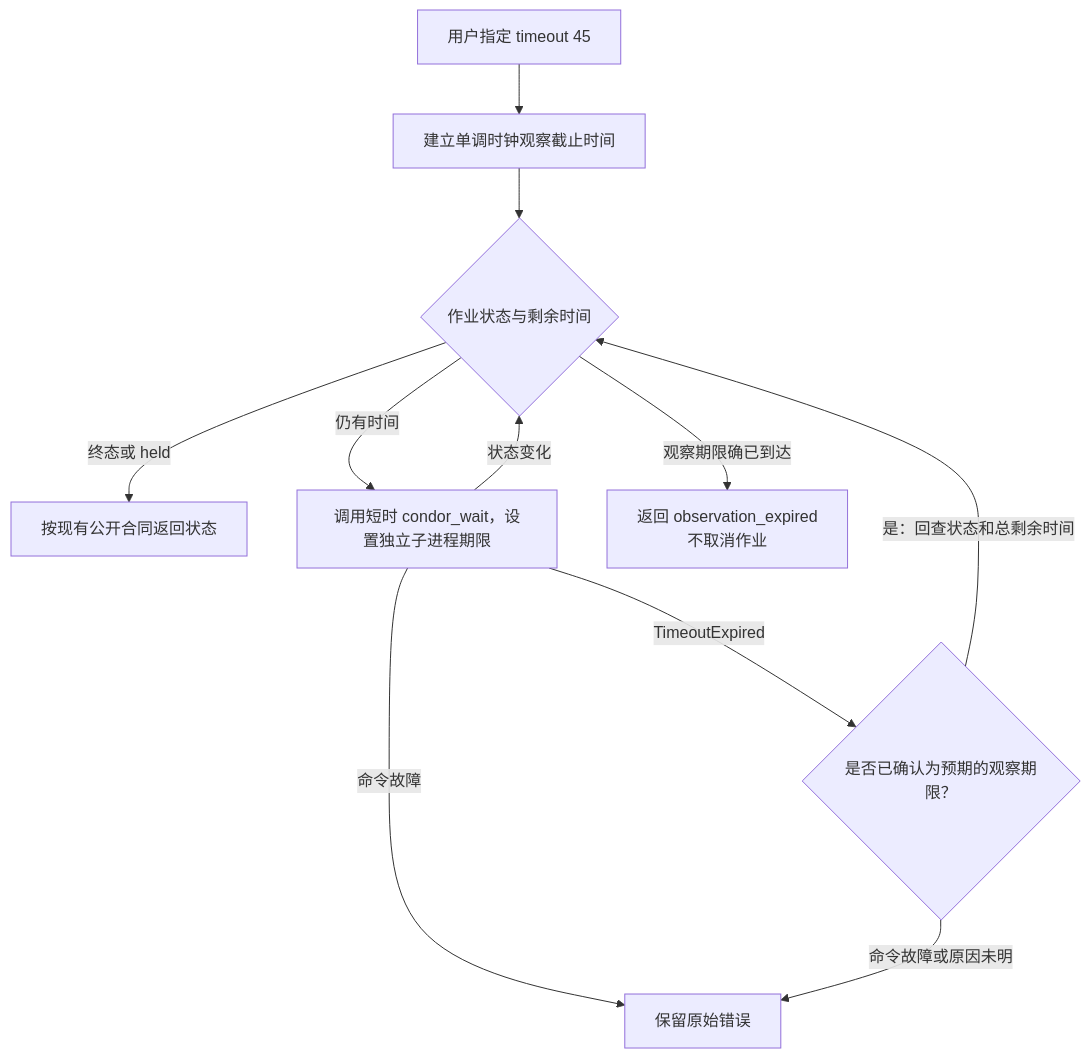
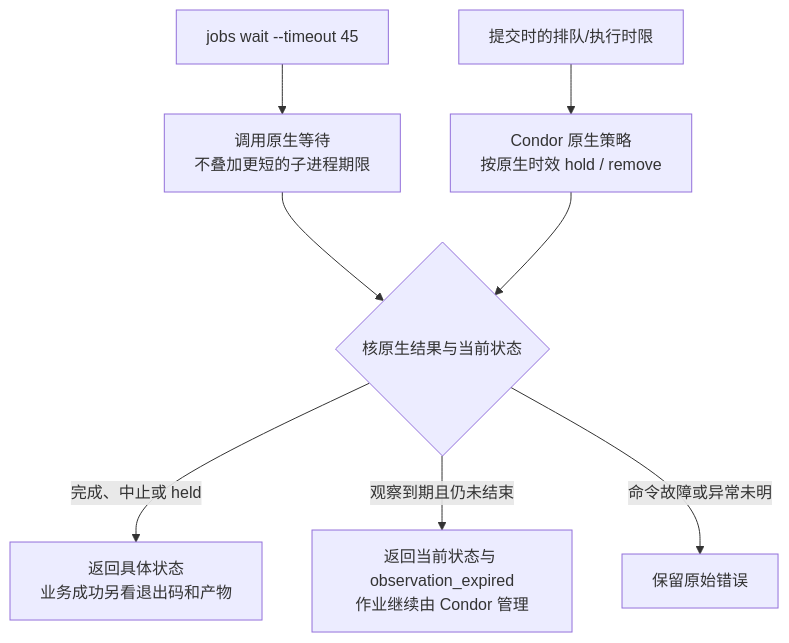
One commit to YS-Pan/basePack changed the third of 4 diagrams in devDoc/tasks/20261114-delivery-closeout/diagrams.md. Above: the diagram before and after it, drawn with Mermaid. The commit also changed other lines of this file and 5 other files, not shown here.

````diff
--- a/devDoc/tasks/20261114-delivery-closeout/diagrams.md
+++ b/devDoc/tasks/20261114-delivery-closeout/diagrams.md
@@ -42,14 +42,10 @@
 ```mermaid
 flowchart TD
-    A["用户指定 timeout 45"] --> B["建立单调时钟观察截止时间"]
-    B --> C{"作业状态与剩余时间"}
-    C -->|终态或 held| D["按现有公开合同返回状态"]
-    C -->|仍有时间| E["调用短时 condor_wait，设置独立子进程期限"]
-    E -->|状态变化| C
-    E -->|TimeoutExpired| F{"是否已确认为预期的观察期限？"}
-    E -->|命令故障| H["保留原始错误"]
-    F -->|是：回查状态和总剩余时间| C
-    F -->|命令故障或原因未明| H
-    C -->|观察期限确已到达| G
-    G["返回 observation_expired<br/>不取消作业"]
+    A["jobs wait --timeout 45"] --> B["调用原生等待<br/>不叠加更短的子进程期限"]
+    B --> C{"核原生结果与当前状态"}
+    C -->|完成、中止或 held| D["返回具体状态<br/>业务成功另看退出码和产物"]
+    C -->|观察到期且仍未结束| E["返回当前状态与 observation_expired<br/>作业继续由 Condor 管理"]
+    C -->|命令故障或异常未明| F["保留原始错误"]
+    G["提交时的排队/执行时限"] --> H["Condor 原生策略<br/>按原生时效 hold / remove"]
+    H --> C
 ```
````
